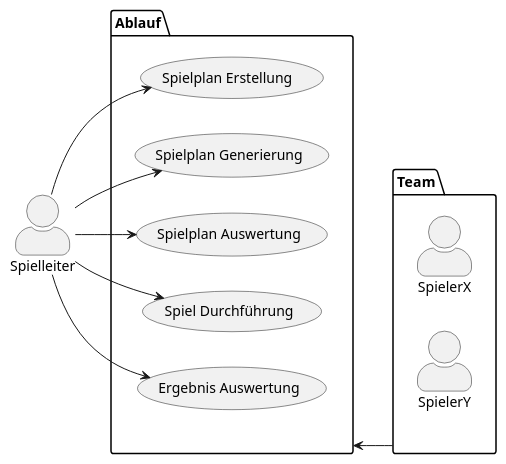
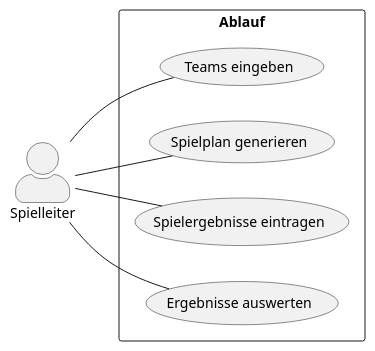
One commit to 2122-4ahif-syp/2122-4ahif-syp-lecture-notes changed the diagram in asciidocs/plantuml/leocompetition-ucd.puml. Above: the diagram before and after it, drawn with PlantUML. The commit also changed 4 other files, not shown here.

```diff
--- a/asciidocs/plantuml/leocompetition-ucd.puml
+++ b/asciidocs/plantuml/leocompetition-ucd.puml
@@ -2,23 +2,18 @@
 @startuml
 left to right direction
 skinparam actorStyle awesome
 actor Spielleiter as s
-package Team as team {
-  actor SpielerX as x
-  actor "SpielerY" as y
-}
-package Ablauf as ablauf {
-   usecase "Spielplan Erstellung " as UC1
-   usecase "Spielplan Generierung" as UC2
-   usecase "Spielplan Auswertung" as UC3
-   usecase "Spiel Durchführung" as UC4
-   usecase "Ergebnis Auswertung" as UC5
+
+rectangle Ablauf as ablauf {
+   usecase "Teams eingeben" as teameingabe
+   usecase "Spielplan generieren" as spielplangenerieren
+   usecase "Spielergebnisse eintragen" as ergebnisseeintragen
+   usecase "Ergebnisse auswerten" as ergebnisseauswerten
 }
 
-ablauf <-- team
-s --> UC1
-s --> UC2
-s --> UC3
-s --> UC4
-s --> UC5
+
+s -- teameingabe
+s -- spielplangenerieren
+s -- ergebnisseauswerten
+s -- ergebnisseeintragen
 @enduml
```
